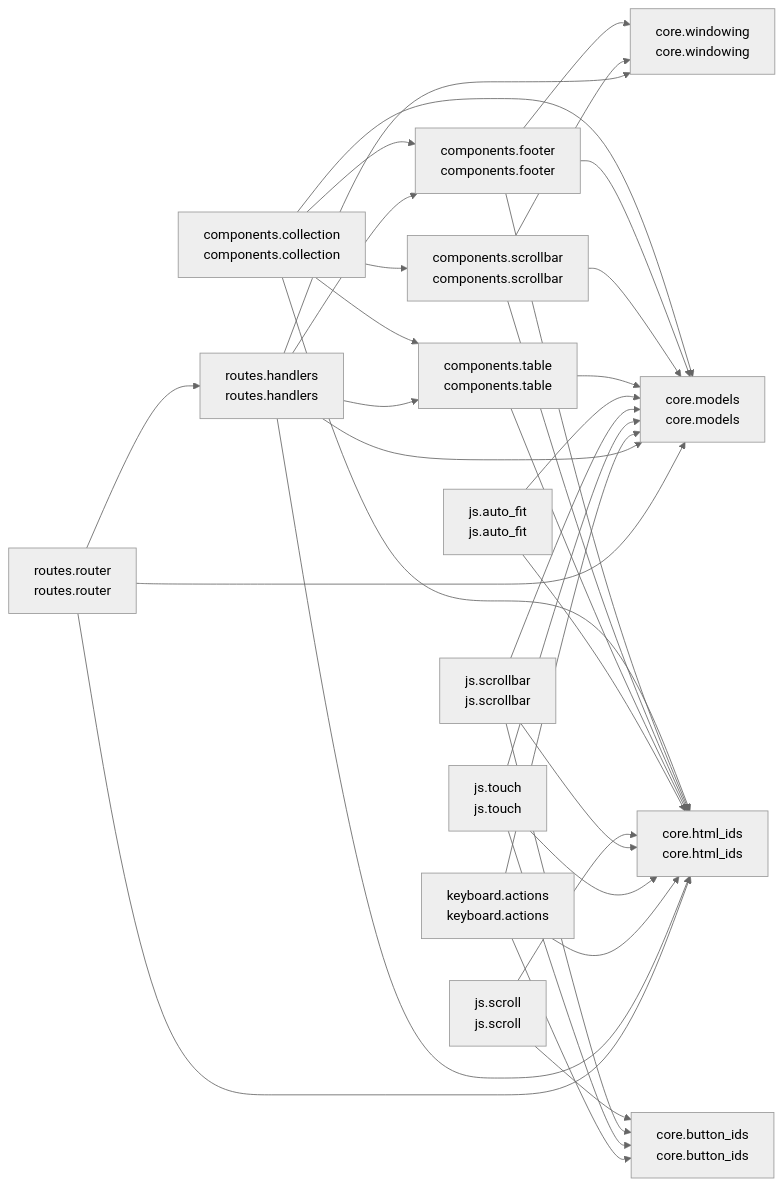
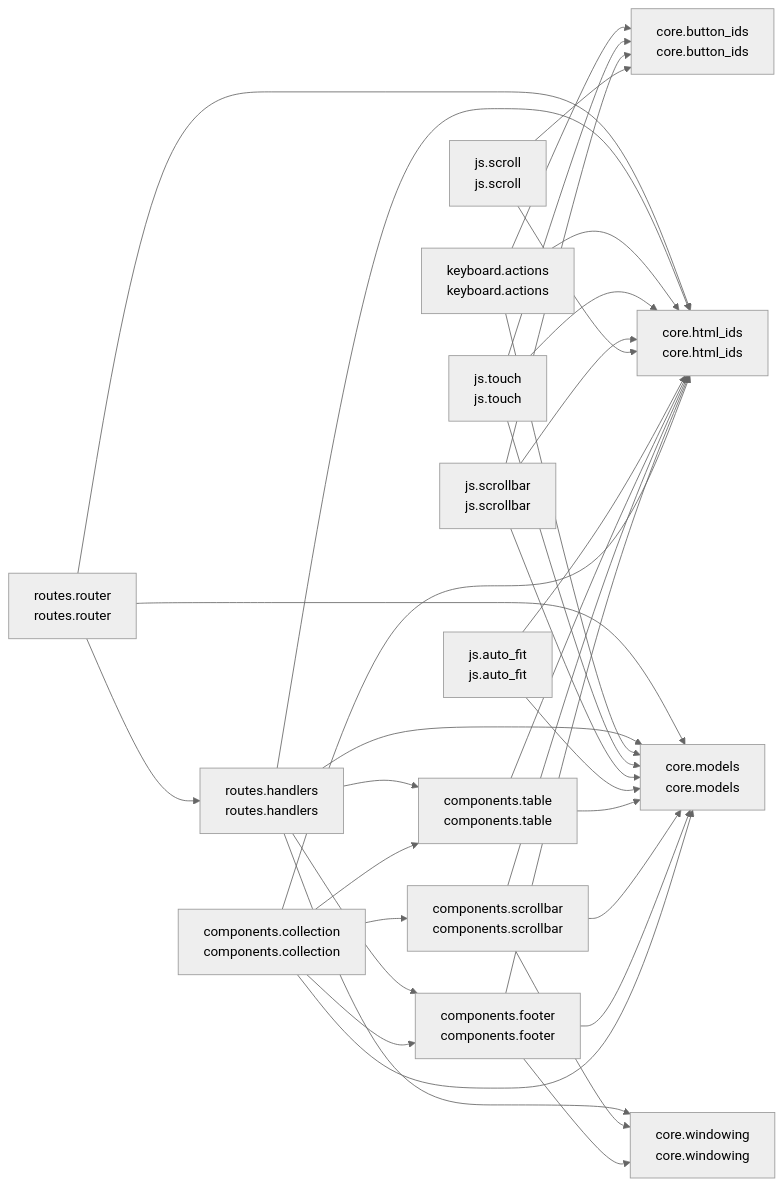
The diagram in README.md (cj-mills/cjm-fasthtml-virtual-collection), drawn with Mermaid (neutral theme) before and after one commit. The commit also changed other lines of this file and 10 other files, not shown here.

````diff
--- a/README.md
+++ b/README.md
@@ -40,53 +40,53 @@
 ``` mermaid
 graph LR
     components_collection[components.collection<br/>components.collection]
     components_footer[components.footer<br/>components.footer]
     components_scrollbar[components.scrollbar<br/>components.scrollbar]
     components_table[components.table<br/>components.table]
     core_button_ids[core.button_ids<br/>core.button_ids]
     core_html_ids[core.html_ids<br/>core.html_ids]
     core_models[core.models<br/>core.models]
     core_windowing[core.windowing<br/>core.windowing]
     js_auto_fit[js.auto_fit<br/>js.auto_fit]
     js_scroll[js.scroll<br/>js.scroll]
     js_scrollbar[js.scrollbar<br/>js.scrollbar]
     js_touch[js.touch<br/>js.touch]
     keyboard_actions[keyboard.actions<br/>keyboard.actions]
     routes_handlers[routes.handlers<br/>routes.handlers]
     routes_router[routes.router<br/>routes.router]
 
     components_collection --> core_models
+    components_collection --> core_html_ids
     components_collection --> components_table
+    components_collection --> components_scrollbar
     components_collection --> components_footer
-    components_collection --> core_html_ids
-    components_collection --> components_scrollbar
     components_footer --> core_html_ids
+    components_footer --> core_models
     components_footer --> core_windowing
-    components_footer --> core_models
     components_scrollbar --> core_models
+    components_scrollbar --> core_html_ids
     components_scrollbar --> core_windowing
-    components_scrollbar --> core_html_ids
     components_table --> core_models
     components_table --> core_html_ids
+    js_auto_fit --> core_html_ids
     js_auto_fit --> core_models
-    js_auto_fit --> core_html_ids
     js_scroll --> core_html_ids
     js_scroll --> core_button_ids
     js_scrollbar --> core_html_ids
+    js_scrollbar --> core_button_ids
     js_scrollbar --> core_models
-    js_scrollbar --> core_button_ids
     js_touch --> core_html_ids
+    js_touch --> core_button_ids
     js_touch --> core_models
-    js_touch --> core_button_ids
     keyboard_actions --> core_html_ids
+    keyboard_actions --> core_button_ids
     keyboard_actions --> core_models
-    keyboard_actions --> core_button_ids
+    routes_handlers --> core_models
+    routes_handlers --> core_html_ids
     routes_handlers --> core_windowing
     routes_handlers --> components_table
-    routes_handlers --> core_models
     routes_handlers --> components_footer
-    routes_handlers --> core_html_ids
-    routes_router --> routes_handlers
     routes_router --> core_models
     routes_router --> core_html_ids
+    routes_router --> routes_handlers
 ```
````
